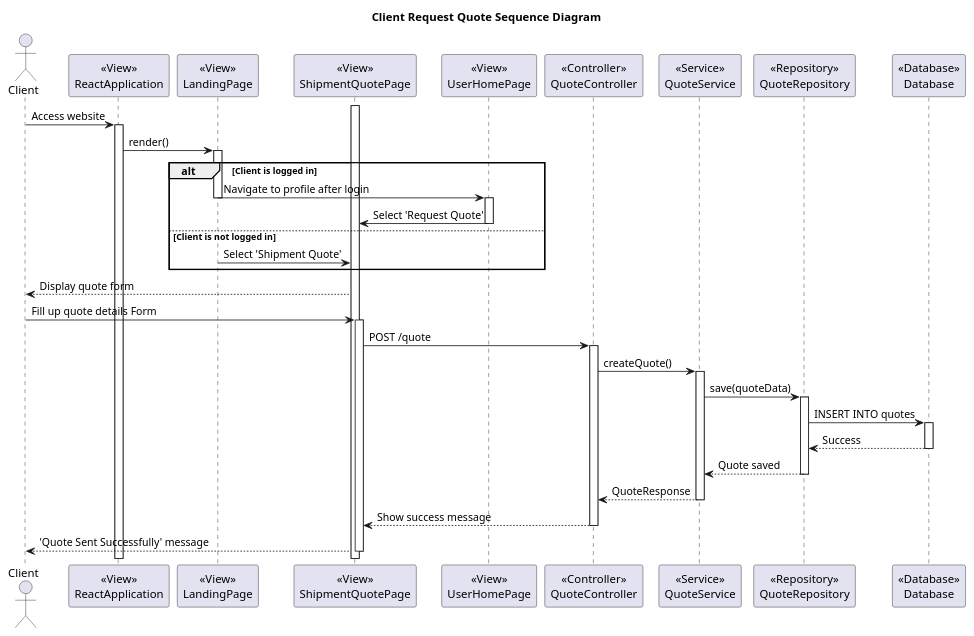
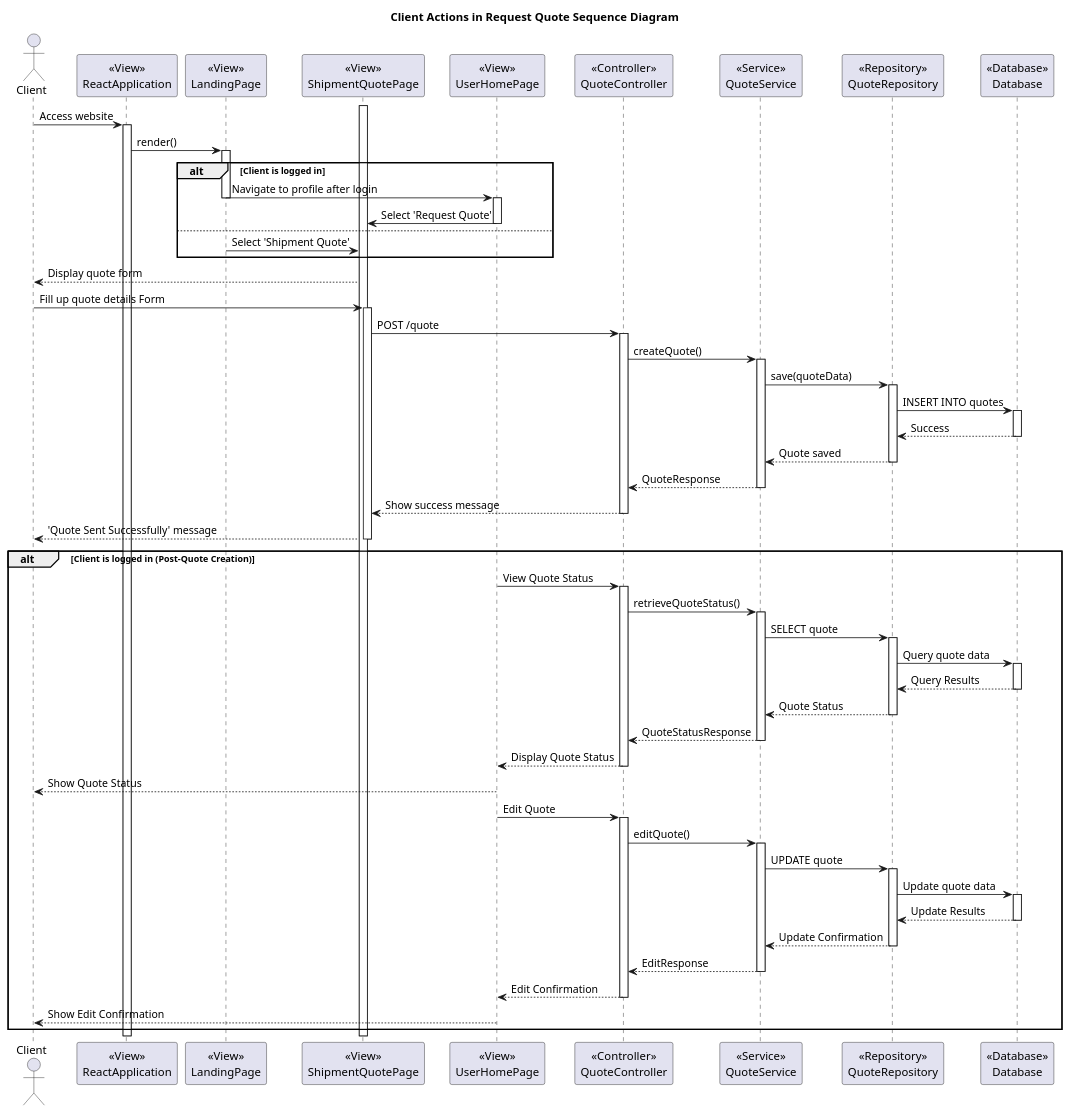
Before and after one commit to nic5694/MovingExpress: the diagram in Diagrams/Sprints/Sprint_1-Request_Quote/Design-lvl-SSD_Client.puml, drawn with PlantUML.

Commit message:
Client SSD Complete for sprint 1

```diff
--- a/Diagrams/Sprints/Sprint_1-Request_Quote/Design-lvl-SSD_Client.puml
+++ b/Diagrams/Sprints/Sprint_1-Request_Quote/Design-lvl-SSD_Client.puml
@@ -1,63 +1,118 @@
 @startuml
-title Client Request Quote Sequence Diagram
+title Client Actions in Request Quote Sequence Diagram
 
 actor Client
 
 participant ReactApplication as "<<View>>\nReactApplication"
 participant LandingPage as "<<View>>\nLandingPage"
 participant ShipmentQuotePage as "<<View>>\nShipmentQuotePage"
 participant UserHomePage as "<<View>>\nUserHomePage"
 participant QuoteController as "<<Controller>>\nQuoteController"
 participant QuoteService as "<<Service>>\nQuoteService"
 participant QuoteRepository as "<<Repository>>\nQuoteRepository"
 participant Database as "<<Database>>\nDatabase"
 
 Client -> ReactApplication : Access website
 activate ReactApplication
 
 ReactApplication -> LandingPage : render()
 activate LandingPage
 
 alt Client is logged in
     LandingPage -> UserHomePage : Navigate to profile after login
     deactivate LandingPage
     activate UserHomePage
+
     UserHomePage -> ShipmentQuotePage : Select 'Request Quote'
     deactivate UserHomePage
-else Client is not logged in
+else
     LandingPage -> ShipmentQuotePage : Select 'Shipment Quote'
     deactivate LandingPage
 end
 activate ShipmentQuotePage
 
 ShipmentQuotePage --> Client : Display quote form
 Client -> ShipmentQuotePage : Fill up quote details Form
 activate ShipmentQuotePage
 
 ShipmentQuotePage -> QuoteController : POST /quote
 activate QuoteController
 
 QuoteController -> QuoteService : createQuote()
 activate QuoteService
 
 QuoteService -> QuoteRepository : save(quoteData)
 activate QuoteRepository
 
 QuoteRepository -> Database : INSERT INTO quotes
 activate Database
 Database --> QuoteRepository : Success
 deactivate Database
 
 QuoteRepository --> QuoteService : Quote saved
 deactivate QuoteRepository
 
 QuoteService --> QuoteController : QuoteResponse
 deactivate QuoteService
 
 QuoteController --> ShipmentQuotePage : Show success message
 deactivate QuoteController
 
 ShipmentQuotePage --> Client : 'Quote Sent Successfully' message
 deactivate ShipmentQuotePage
 
+alt Client is logged in (Post-Quote Creation)
+    UserHomePage -> QuoteController : View Quote Status
+    activate QuoteController
+
+    QuoteController -> QuoteService : retrieveQuoteStatus()
+    activate QuoteService
+
+    QuoteService -> QuoteRepository : SELECT quote
+    activate QuoteRepository
+
+    QuoteRepository -> Database : Query quote data
+    activate Database
+    Database --> QuoteRepository : Query Results
+    deactivate Database
+
+    QuoteRepository --> QuoteService : Quote Status
+    deactivate QuoteRepository
+
+    QuoteService --> QuoteController : QuoteStatusResponse
+    deactivate QuoteService
+
+    QuoteController --> UserHomePage : Display Quote Status
+    deactivate QuoteController
+
+    UserHomePage --> Client : Show Quote Status
+    deactivate UserHomePage
+
+    UserHomePage -> QuoteController : Edit Quote
+    activate QuoteController
+
+    QuoteController -> QuoteService : editQuote()
+    activate QuoteService
+
+    QuoteService -> QuoteRepository : UPDATE quote
+    activate QuoteRepository
+
+    QuoteRepository -> Database : Update quote data
+    activate Database
+    Database --> QuoteRepository : Update Results
+    deactivate Database
+
+    QuoteRepository --> QuoteService : Update Confirmation
+    deactivate QuoteRepository
+
+    QuoteService --> QuoteController : EditResponse
+    deactivate QuoteService
+
+    QuoteController --> UserHomePage : Edit Confirmation
+    deactivate QuoteController
+
+    UserHomePage --> Client : Show Edit Confirmation
+    deactivate UserHomePage
+end
+
 @enduml
```
